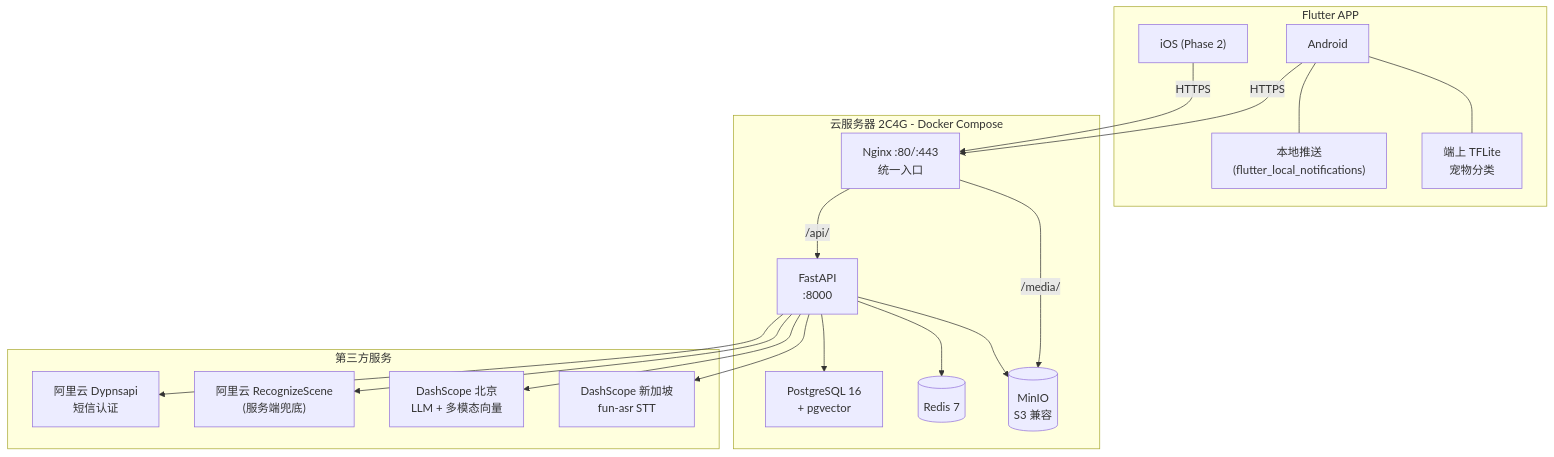
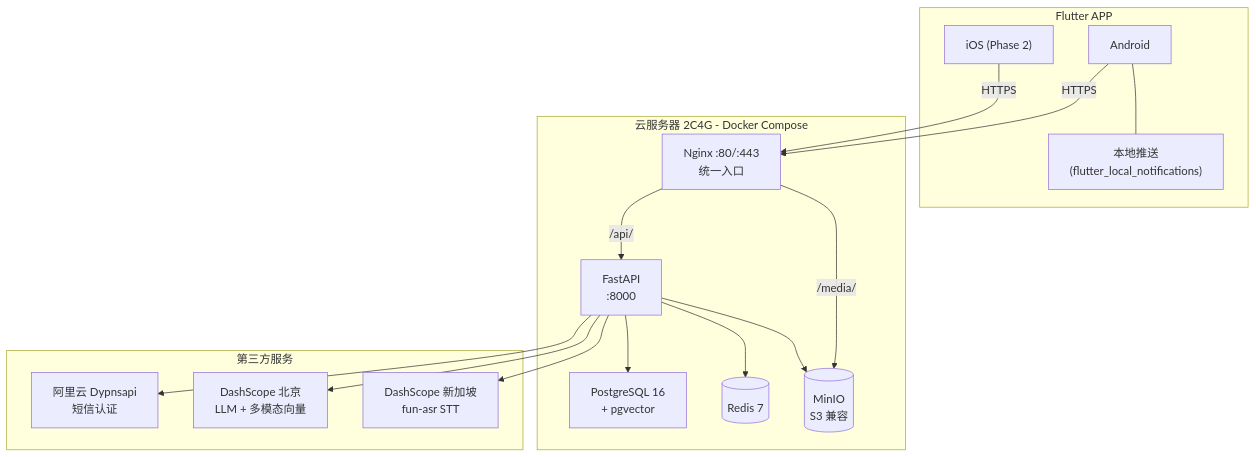
The diagram in README.md (EpisodeYu/DangDangDiary), drawn with Mermaid before and after one commit. The commit also changed other lines of this file, not shown here.

````diff
--- a/README.md
+++ b/README.md
@@ -206,40 +214,36 @@
 ```mermaid
 graph TB
   subgraph client[Flutter APP]
     Android["Android"]
     iOS["iOS (Phase 2)"]
     LocalPush["本地推送<br/>(flutter_local_notifications)"]
-    TFLite["端上 TFLite<br/>宠物分类"]
   end
 
   subgraph server[云服务器 2C4G - Docker Compose]
     Nginx["Nginx :80/:443<br/>统一入口"]
     FastAPI["FastAPI<br/>:8000"]
     PG["PostgreSQL 16<br/>+ pgvector"]
     Redis[("Redis 7")]
     MinIO[("MinIO<br/>S3 兼容")]
   end
 
   subgraph third[第三方服务]
     SMS["阿里云 Dypnsapi<br/>短信认证"]
-    Scene["阿里云 RecognizeScene<br/>(服务端兜底)"]
     DSCN["DashScope 北京<br/>LLM + 多模态向量"]
     DSSG["DashScope 新加坡<br/>fun-asr STT"]
   end
 
   Android -->|HTTPS| Nginx
   iOS -->|HTTPS| Nginx
   Android --- LocalPush
-  Android --- TFLite
 
   Nginx -->|/api/| FastAPI
   Nginx -->|/media/| MinIO
 
   FastAPI --> PG
   FastAPI --> Redis
   FastAPI --> MinIO
   FastAPI --> SMS
-  FastAPI --> Scene
   FastAPI --> DSCN
   FastAPI --> DSSG
 ```
````
